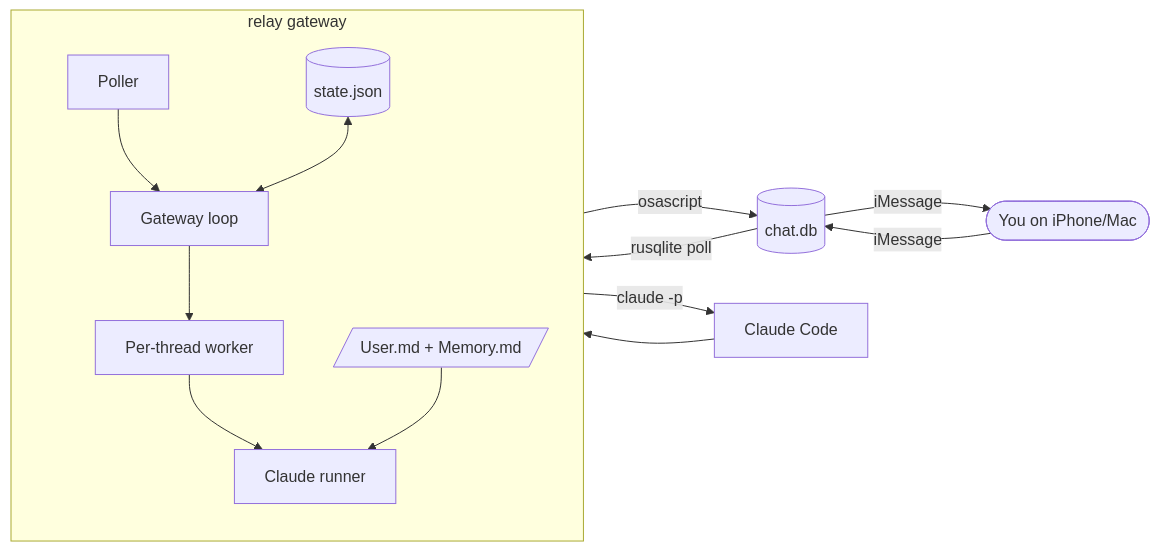
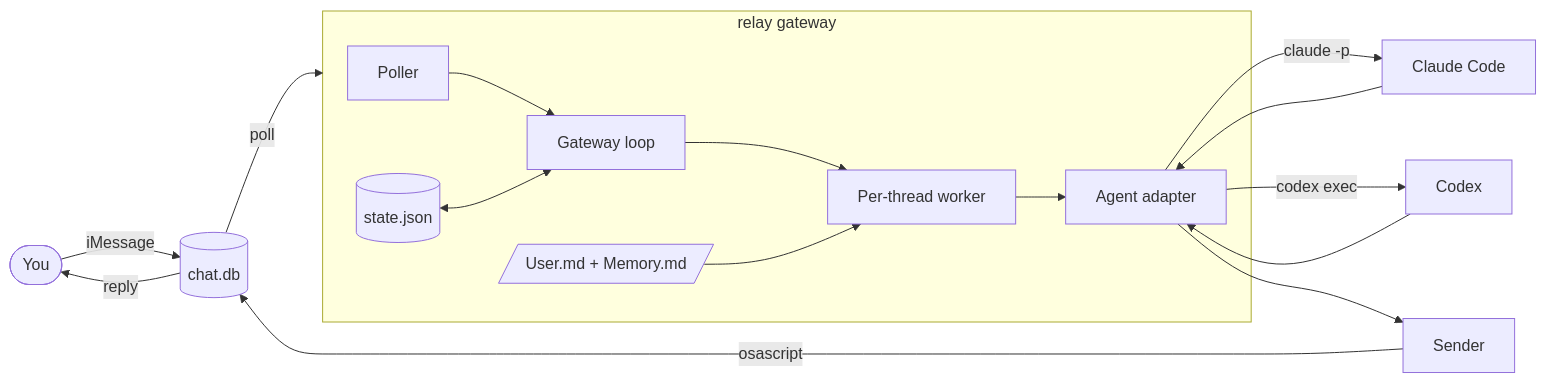
The first of 2 diagrams in docs/architecture.md (edheltzel/Relay), drawn with Mermaid before and after one commit. The commit also changed other lines of this file and 12 other files, not shown here.

````diff
--- a/docs/architecture.md
+++ b/docs/architecture.md
@@ -34,17 +53,19 @@
 ```mermaid
 flowchart LR
-    user([You on iPhone/Mac]) -->|iMessage| db[(chat.db)]
-    db -->|rusqlite poll| relay
+    user([You]) -->|iMessage| db[(chat.db)]
+    db -->|poll| relay
     subgraph relay[relay gateway]
-        direction TB
-        poller[Poller] --> loop[Gateway loop]
-        loop --> worker[Per-thread worker]
-        worker --> runner[Claude runner]
-        store[(state.json)] <--> loop
-        mem[/User.md + Memory.md/] --> runner
+        poller[Poller] --> gateway[Gateway loop]
+        gateway --> worker[Per-thread worker]
+        store[(state.json)] <--> gateway
+        memory[/User.md + Memory.md/] --> worker
+        worker --> adapter[Agent adapter]
     end
-    runner -->|claude -p| cc[Claude Code]
-    cc --> runner
-    worker -->|osascript| db
-    db -->|iMessage| user
+    adapter -->|claude -p| claude[Claude Code]
+    adapter -->|codex exec| codex[Codex]
+    claude --> adapter
+    codex --> adapter
+    adapter --> sender[Sender]
+    sender -->|osascript| db
+    db -->|reply| user
 ```
````
